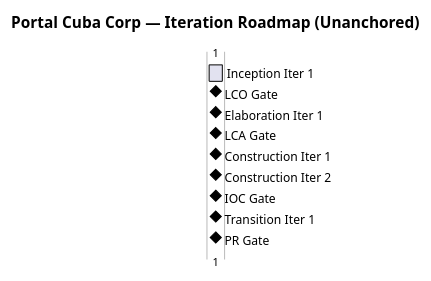
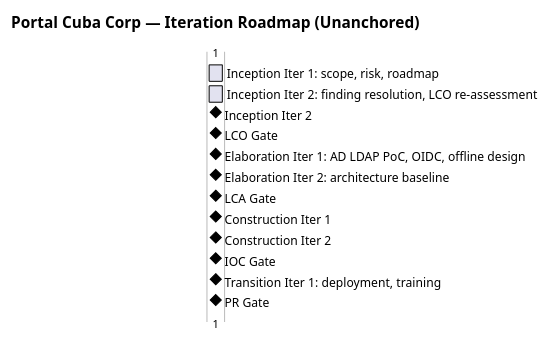
One commit to banense-test/portal-cuba-corp changed the first of 2 diagrams in docs/artifacts/project-management/iteration-plan.md. Above: the diagram before and after it, drawn with PlantUML. The commit also changed other lines of this file, not shown here.

````diff
--- a/docs/artifacts/project-management/iteration-plan.md
+++ b/docs/artifacts/project-management/iteration-plan.md
@@ -43,27 +47,31 @@
 ```plantuml
 @startgantt
 title Portal Cuba Corp — Iteration Roadmap (Unanchored)
 
-[Inception Iter 1] lasts 1 days
+[Inception Iter 1: scope, risk, roadmap] lasts 1 days
+[Inception Iter 2: finding resolution, LCO re-assessment] lasts 1 days
+[Inception Iter 2] happens at [Inception Iter 1: scope, risk, roadmap]'s end
 [LCO Gate] lasts 2 days
-[LCO Gate] happens at [Inception Iter 1]'s end
+[LCO Gate] happens at [Inception Iter 2]'s end
 
-[Elaboration Iter 1] lasts 1 days
-[Elaboration Iter 1] happens at [LCO Gate]'s end
+[Elaboration Iter 1: AD LDAP PoC, OIDC, offline design] lasts 1 days
+[Elaboration Iter 1: AD LDAP PoC, OIDC, offline design] happens at [LCO Gate]'s end
+[Elaboration Iter 2: architecture baseline] lasts 1 days
+[Elaboration Iter 2: architecture baseline] happens at [Elaboration Iter 1: AD LDAP PoC, OIDC, offline design]'s end
 [LCA Gate] lasts 2 days
-[LCA Gate] happens at [Elaboration Iter 1]'s end
+[LCA Gate] happens at [Elaboration Iter 2: architecture baseline]'s end
 
 [Construction Iter 1] lasts 1 days
 [Construction Iter 1] happens at [LCA Gate]'s end
 [Construction Iter 2] lasts 1 days
 [Construction Iter 2] happens at [Construction Iter 1]'s end
 [IOC Gate] lasts 2 days
 [IOC Gate] happens at [Construction Iter 2]'s end
 
-[Transition Iter 1] lasts 1 days
-[Transition Iter 1] happens at [IOC Gate]'s end
+[Transition Iter 1: deployment, training] lasts 1 days
+[Transition Iter 1: deployment, training] happens at [IOC Gate]'s end
 [PR Gate] lasts 2 days
-[PR Gate] happens at [Transition Iter 1]'s end
+[PR Gate] happens at [Transition Iter 1: deployment, training]'s end
 
 @endgantt
 ```
````
